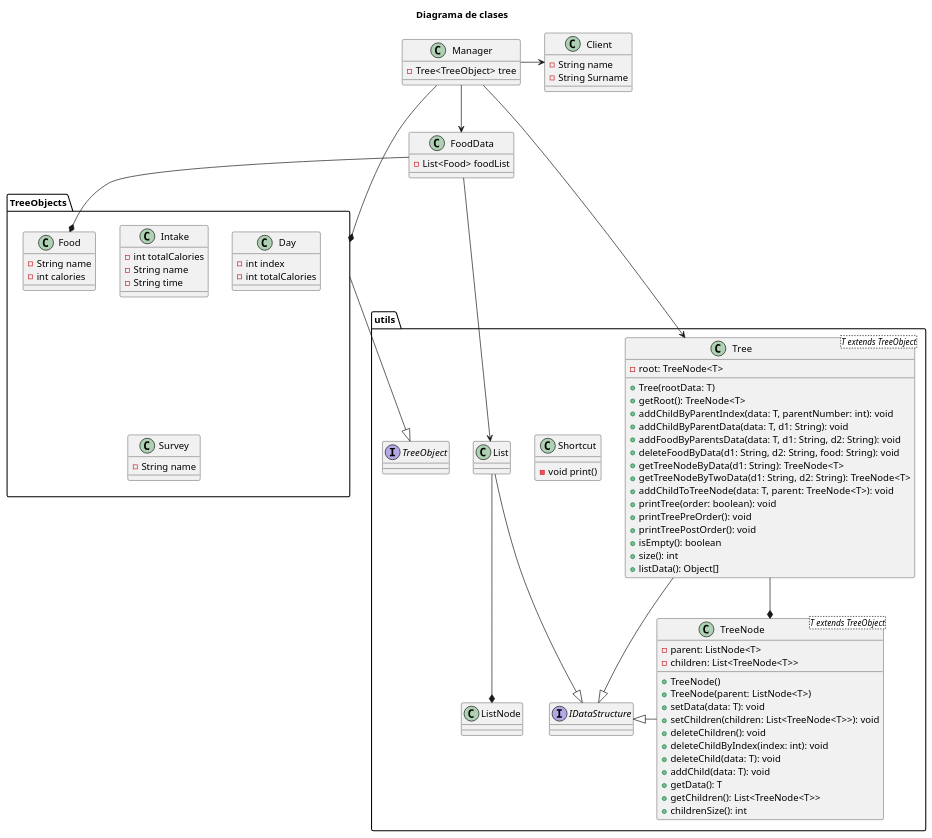
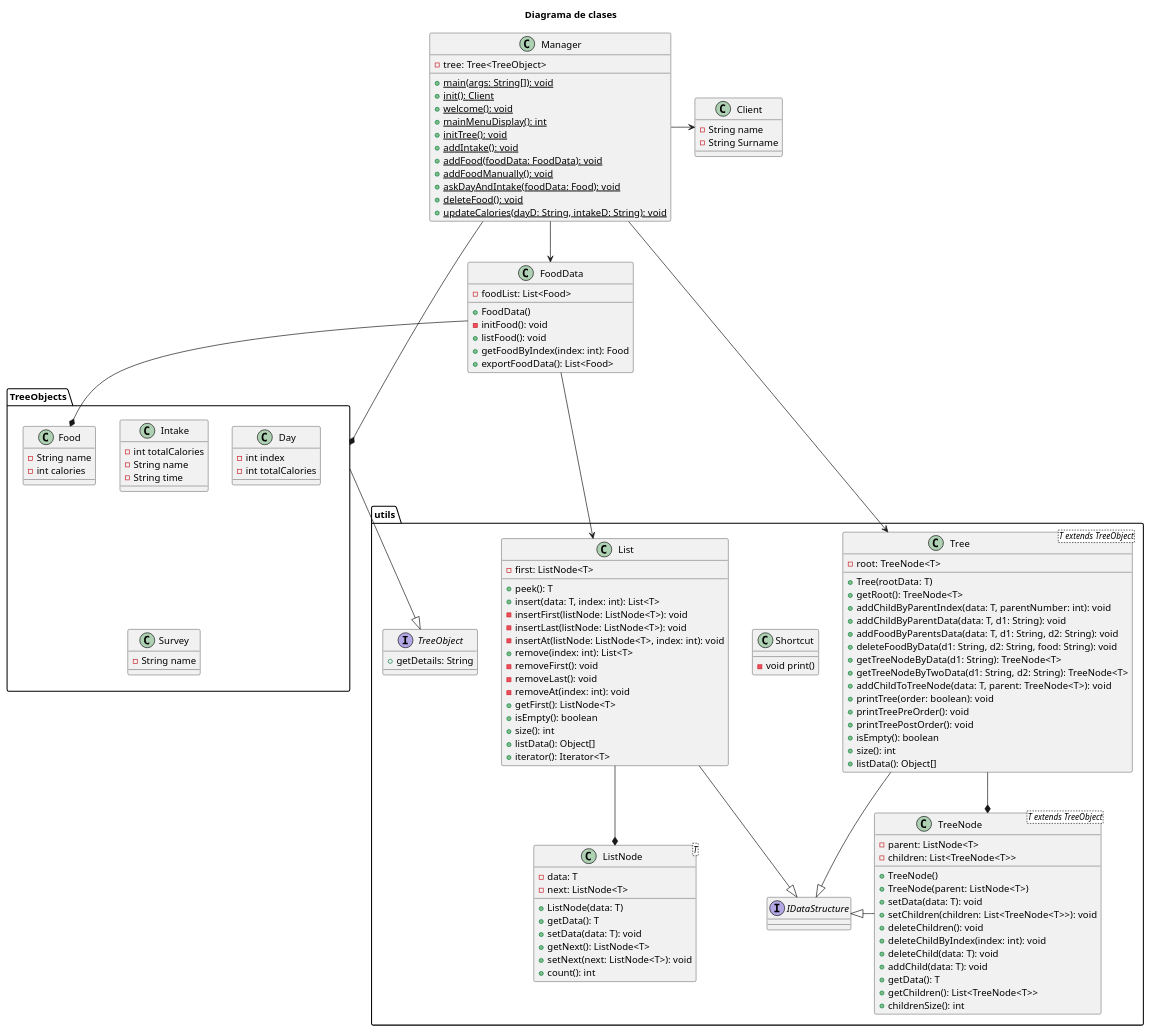
The diagram in entregas/pabloArce/Reto-007/DiagramaDeClases.puml (mmasias/23-24-eda1), drawn with PlantUML before and after one commit.

Commit message:
Modelo de clases terminado

```diff
--- a/entregas/pabloArce/Reto-007/DiagramaDeClases.puml
+++ b/entregas/pabloArce/Reto-007/DiagramaDeClases.puml
@@ -1,99 +1,146 @@
 @startuml
 
     title Diagrama de clases
 
     class Client {
        - String name
        - String Surname
     }
 
     class FoodData {
-        - List<Food> foodList
+      - foodList: List<Food>
+
+       +FoodData()
+      -initFood(): void
+      +listFood(): void
+      +getFoodByIndex(index: int): Food
+      +exportFoodData(): List<Food>
     }
 
     class Manager {
-        - Tree<TreeObject> tree
+      - tree: Tree<TreeObject>
+
+      {static} +main(args: String[]): void
+      {static} +init(): Client
+      {static} +welcome(): void
+      {static} +mainMenuDisplay(): int
+      {static} +initTree(): void
+      {static} +addIntake(): void
+      {static} +addFood(foodData: FoodData): void
+      {static} +addFoodManually(): void
+      {static} +askDayAndIntake(foodData: Food): void
+      {static} +deleteFood(): void
+      {static} +updateCalories(dayD: String, intakeD: String): void
     }
 
     package TreeObjects{
         class Intake {
             - int totalCalories
             - String name
             - String time
         }
         class Food {
             - String name
             - int calories
         }
         class Day {
             - int index
             - int totalCalories
         }
         class Survey {
             - String name
         }
     }
     package utils {
         interface IDataStructure
-        class List
-        class ListNode
+        class List {
+          - first: ListNode<T>
+
+          +peek(): T
+          +insert(data: T, index: int): List<T>
+          -insertFirst(listNode: ListNode<T>): void
+          -insertLast(listNode: ListNode<T>): void
+          -insertAt(listNode: ListNode<T>, index: int): void
+          +remove(index: int): List<T>
+          -removeFirst(): void
+          -removeLast(): void
+          -removeAt(index: int): void
+          +getFirst(): ListNode<T>
+          +isEmpty(): boolean
+          +size(): int
+          +listData(): Object[]
+          +iterator(): Iterator<T>
+        }
+        class ListNode<T> {
+          - data: T
+          - next: ListNode<T>
+
+          +ListNode(data: T)
+          +getData(): T
+          +setData(data: T): void
+          +getNext(): ListNode<T>
+          +setNext(next: ListNode<T>): void
+          +count(): int
+        }
         class Shortcut {
            - void print()
         }
         class Tree<T extends TreeObject> {
           - root: TreeNode<T>
 
           + Tree(rootData: T)
           +getRoot(): TreeNode<T>
           +addChildByParentIndex(data: T, parentNumber: int): void
           +addChildByParentData(data: T, d1: String): void
           +addFoodByParentsData(data: T, d1: String, d2: String): void
           +deleteFoodByData(d1: String, d2: String, food: String): void
           +getTreeNodeByData(d1: String): TreeNode<T>
           +getTreeNodeByTwoData(d1: String, d2: String): TreeNode<T>
           +addChildToTreeNode(data: T, parent: TreeNode<T>): void
           +printTree(order: boolean): void
           +printTreePreOrder(): void
           +printTreePostOrder(): void
           +isEmpty(): boolean
           +size(): int
           +listData(): Object[]
         }
         class TreeNode<T extends TreeObject> {
           - parent: ListNode<T>
           - children: List<TreeNode<T>>
 
           +TreeNode()
           +TreeNode(parent: ListNode<T>)
           +setData(data: T): void
           +setChildren(children: List<TreeNode<T>>): void
           +deleteChildren(): void
           +deleteChildByIndex(index: int): void
           +deleteChild(data: T): void
           +addChild(data: T): void
           +getData(): T
           +getChildren(): List<TreeNode<T>>
           +childrenSize(): int
         }
-        interface TreeObject
+        interface TreeObject {
+            + getDetails: String
+        }
     }
 
     Tree --|> IDataStructure
     List --|> IDataStructure
     TreeNode -|> IDataStructure
 
     TreeObjects --|> TreeObject
 
     Manager --> Tree
     Manager --* TreeObjects
     Manager -> Client
 
     Tree --* TreeNode
     List --* ListNode
 
     FoodData --* Food
     FoodData -> List
     Manager --> FoodData
 
 
 @enduml
```
